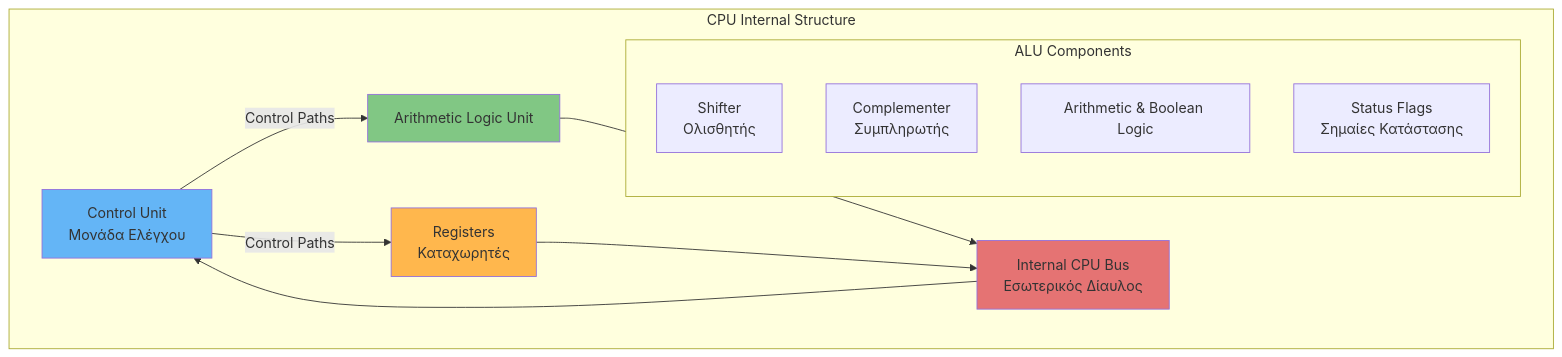
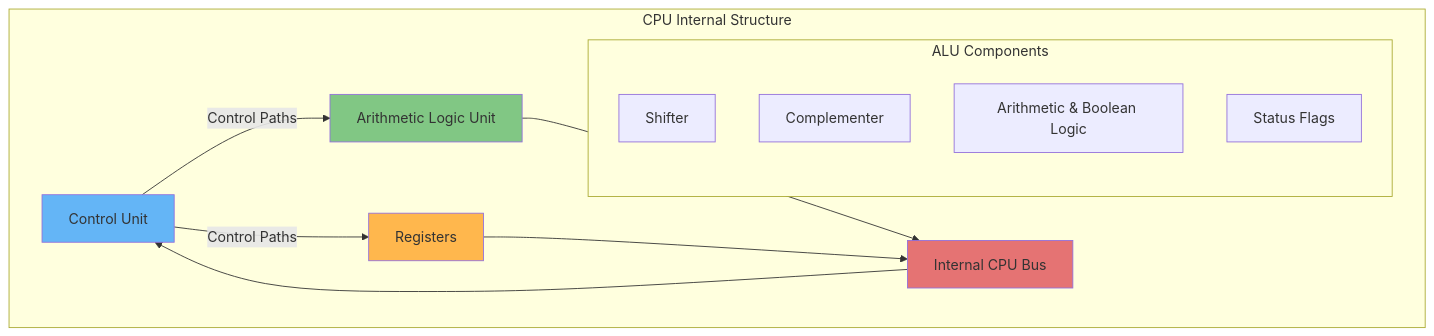
One commit to PanagopoulosNikolaos/DitOpenNotes changed diagram 11 of 16 in Year_2/Semester_3/COMPUTER_ARCHITECTURE/Resources/Notes/Processor-Design-Smart-Notes-8.md. Above: the diagram before and after it, drawn with Mermaid. The commit also changed other lines of this file and 50 other files, not shown here.

````diff
--- a/Year_2/Semester_3/COMPUTER_ARCHITECTURE/Resources/Notes/Processor-Design-Smart-Notes-8.md
+++ b/Year_2/Semester_3/COMPUTER_ARCHITECTURE/Resources/Notes/Processor-Design-Smart-Notes-8.md
@@ -483,27 +483,27 @@
 ```mermaid
 graph TB
     subgraph CPU[CPU Internal Structure]
-        CU[Control Unit<br/>Μονάδα Ελέγχου]
+        CU[Control Unit]
         ALU[Arithmetic Logic Unit]
-        REG[Registers<br/>Καταχωρητές]
-        BUS[Internal CPU Bus<br/>Εσωτερικός Δίαυλος]
+        REG[Registers]
+        BUS[Internal CPU Bus]
         
         subgraph ALU_SUB[ALU Components]
-            SHIFT[Shifter<br/>Ολισθητής]
-            COMP[Complementer<br/>Συμπληρωτής]
+            SHIFT[Shifter]
+            COMP[Complementer]
             ARITH[Arithmetic & Boolean Logic]
-            FLAGS[Status Flags<br/>Σημαίες Κατάστασης]
+            FLAGS[Status Flags]
         end
     end
     
     CU -->|Control Paths| ALU
     CU -->|Control Paths| REG
     ALU --> BUS
     REG --> BUS
     BUS --> CU
     
     style CU fill:#64b5f6
     style ALU fill:#81c784
     style REG fill:#ffb74d
     style BUS fill:#e57373
 ```
````
